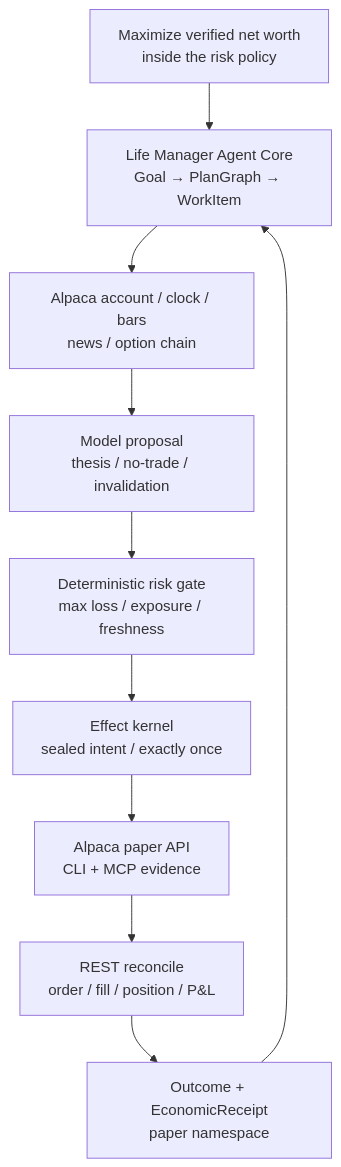
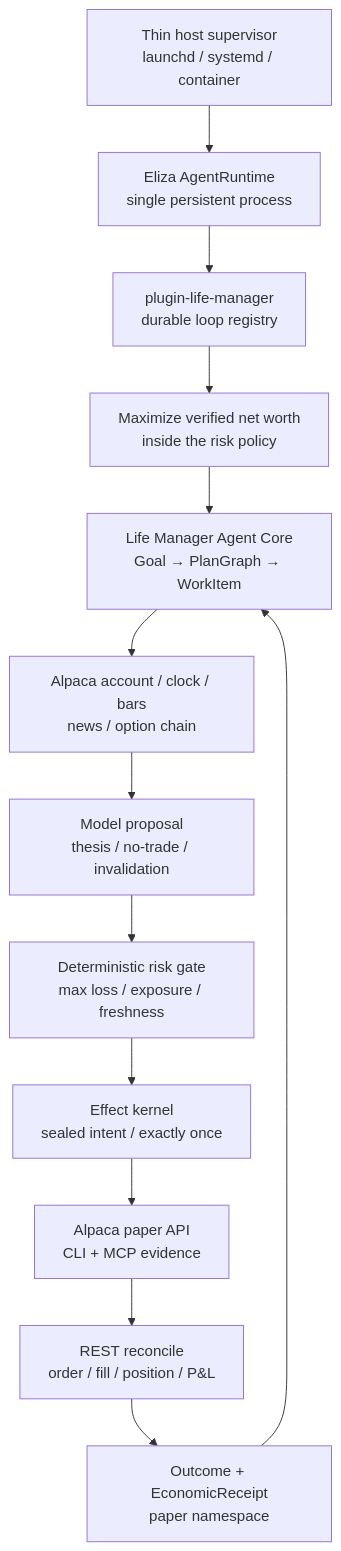
The first of 2 diagrams in docs/superpowers/specs/2026-09-01-alpaca-money-maximizer-design.md (Daisuke134/anicca), drawn with Mermaid before and after one commit. The commit also changed other lines of this file and 1 other file, not shown here.

Commit message:
docs(alpaca): make Eliza the sole loop owner

````diff
--- a/docs/superpowers/specs/2026-09-01-alpaca-money-maximizer-design.md
+++ b/docs/superpowers/specs/2026-09-01-alpaca-money-maximizer-design.md
@@ -41,12 +46,15 @@
 ```mermaid
 flowchart TD
+    HOST["Thin host supervisor<br/>launchd / systemd / container"] --> RUNTIME["Eliza AgentRuntime<br/>single persistent process"]
+    RUNTIME --> REGISTRY["plugin-life-manager<br/>durable loop registry"]
+    REGISTRY --> GOAL
     GOAL["Maximize verified net worth<br/>inside the risk policy"] --> CORE["Life Manager Agent Core<br/>Goal → PlanGraph → WorkItem"]
     CORE --> OBS["Alpaca account / clock / bars<br/>news / option chain"]
     OBS --> MODEL["Model proposal<br/>thesis / no-trade / invalidation"]
     MODEL --> GATE["Deterministic risk gate<br/>max loss / exposure / freshness"]
     GATE --> EFFECT["Effect kernel<br/>sealed intent / exactly once"]
     EFFECT --> ALPACA["Alpaca paper API<br/>CLI + MCP evidence"]
     ALPACA --> RECON["REST reconcile<br/>order / fill / position / P&L"]
     RECON --> RECEIPT["Outcome + EconomicReceipt<br/>paper namespace"]
     RECEIPT --> CORE
 ```
````
